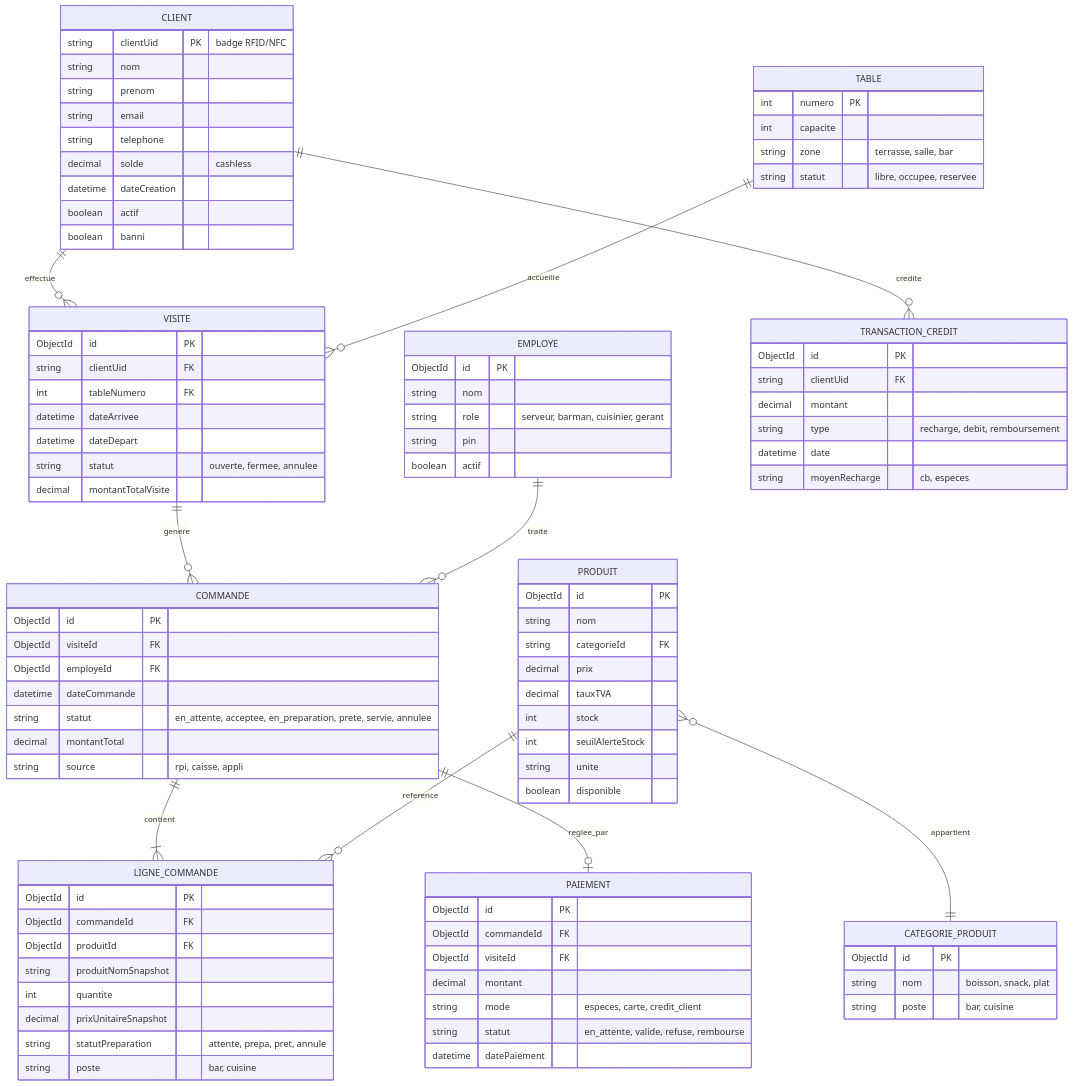
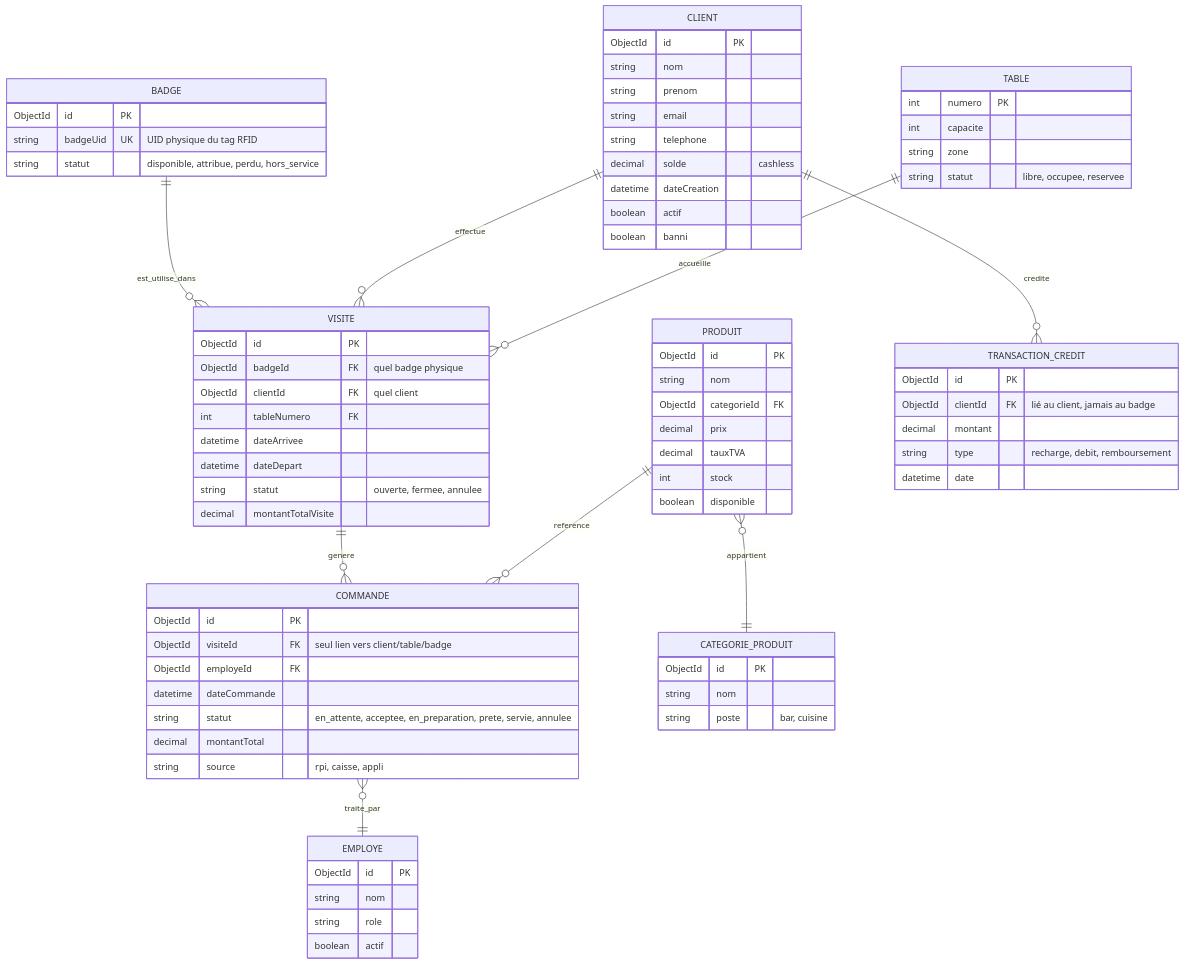
The diagram in database/mongodb_data/README.md (clement-lemlijn/MASI4-IoT-Smartcheers), drawn with Mermaid before and after one commit. The commit also changed other lines of this file, not shown here.

Commit message:
Revise database schema in README.md
Updated the database schema in the README to reflect changes in relationships and attributes for various entities.

````diff
--- a/database/mongodb_data/README.md
+++ b/database/mongodb_data/README.md
@@ -4,17 +2,22 @@
 ```mermaid
 erDiagram
+    BADGE ||--o{ VISITE : est_utilise_dans
     CLIENT ||--o{ VISITE : effectue
     TABLE ||--o{ VISITE : accueille
     VISITE ||--o{ COMMANDE : genere
-    COMMANDE ||--|{ LIGNE_COMMANDE : contient
-    PRODUIT ||--o{ LIGNE_COMMANDE : reference
-    COMMANDE ||--o| PAIEMENT : reglee_par
-    EMPLOYE ||--o{ COMMANDE : traite
+    PRODUIT ||--o{ COMMANDE : reference
+    COMMANDE }o--|| EMPLOYE : traite_par
     CLIENT ||--o{ TRANSACTION_CREDIT : credite
     PRODUIT }o--|| CATEGORIE_PRODUIT : appartient
 
+    BADGE {
+        ObjectId id PK
+        string badgeUid UK "UID physique du tag RFID"
+        string statut "disponible, attribue, perdu, hors_service"
+    }
+
     CLIENT {
-        string clientUid PK "badge RFID/NFC"
+        ObjectId id PK
         string nom
         string prenom
         string email
@@ -28,13 +31,14 @@
     TABLE {
         int numero PK
         int capacite
-        string zone "terrasse, salle, bar"
+        string zone
         string statut "libre, occupee, reservee"
     }
 
     VISITE {
         ObjectId id PK
-        string clientUid FK
+        ObjectId badgeId FK "quel badge physique"
+        ObjectId clientId FK "quel client"
         int tableNumero FK
         datetime dateArrivee
         datetime dateDepart
@@ -44,7 +48,7 @@
 
     COMMANDE {
         ObjectId id PK
-        ObjectId visiteId FK
+        ObjectId visiteId FK "seul lien vers client/table/badge"
         ObjectId employeId FK
         datetime dateCommande
         string statut "en_attente, acceptee, en_preparation, prete, servie, annulee"
@@ -52,59 +56,34 @@
         string source "rpi, caisse, appli"
     }
 
-    LIGNE_COMMANDE {
-        ObjectId id PK
-        ObjectId commandeId FK
-        ObjectId produitId FK
-        string produitNomSnapshot
-        int quantite
-        decimal prixUnitaireSnapshot
-        string statutPreparation "attente, prepa, pret, annule"
-        string poste "bar, cuisine"
-    }
-
     PRODUIT {
         ObjectId id PK
         string nom
-        string categorieId FK
+        ObjectId categorieId FK
         decimal prix
         decimal tauxTVA
         int stock
-        int seuilAlerteStock
-        string unite
         boolean disponible
     }
 
     CATEGORIE_PRODUIT {
         ObjectId id PK
-        string nom "boisson, snack, plat"
+        string nom
         string poste "bar, cuisine"
-    }
-
-    PAIEMENT {
-        ObjectId id PK
-        ObjectId commandeId FK
-        ObjectId visiteId FK
-        decimal montant
-        string mode "especes, carte, credit_client"
-        string statut "en_attente, valide, refuse, rembourse"
-        datetime datePaiement
     }
 
     EMPLOYE {
         ObjectId id PK
         string nom
-        string role "serveur, barman, cuisinier, gerant"
-        string pin
+        string role
         boolean actif
     }
 
     TRANSACTION_CREDIT {
         ObjectId id PK
-        string clientUid FK
+        ObjectId clientId FK "lié au client, jamais au badge"
         decimal montant
         string type "recharge, debit, remboursement"
         datetime date
-        string moyenRecharge "cb, especes"
     }
 ```
````
